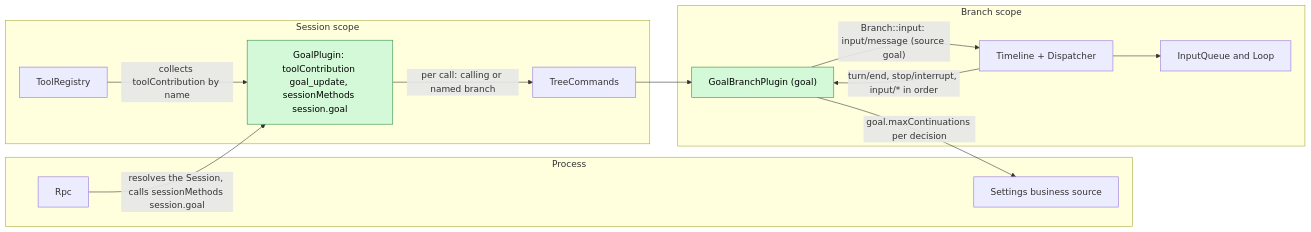
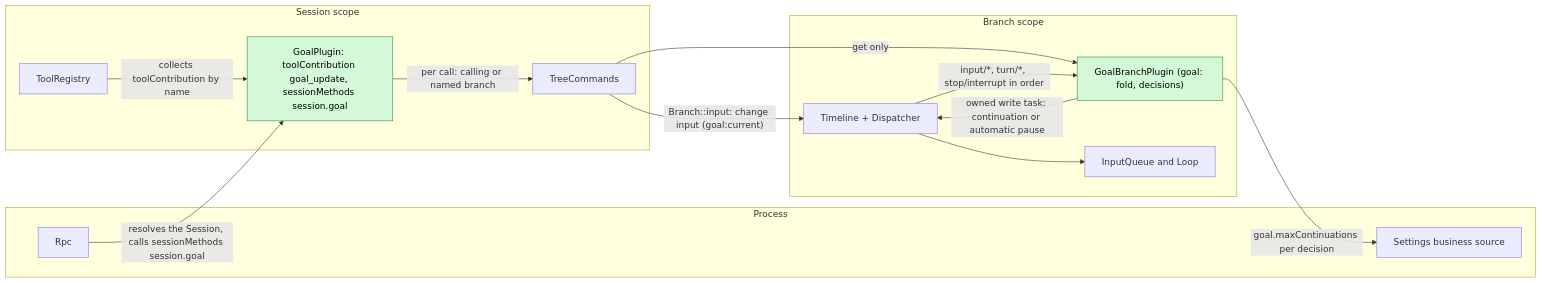
One commit to CoutinhoTTS/dim-agent changed the first of 6 diagrams in docs/design/plugins/Goal.md. Above: the diagram before and after it, drawn with Mermaid. The commit also changed other lines of this file and 40 other files, not shown here.

````diff
--- a/docs/design/plugins/Goal.md
+++ b/docs/design/plugins/Goal.md
@@ -9,26 +11,27 @@
 ```mermaid
 flowchart LR
   subgraph PROC["Process"]
     Rpc["Rpc"]
     Settings["Settings business source"]
   end
   subgraph SESS["Session scope"]
     GS["GoalPlugin: toolContribution goal_update, sessionMethods session.goal"]:::new
     TR["ToolRegistry"]
     TC["TreeCommands"]
   end
   subgraph BR["Branch scope"]
-    GB["GoalBranchPlugin (goal)"]:::new
+    GB["GoalBranchPlugin (goal: fold, decisions)"]:::new
     TL["Timeline + Dispatcher"]
     IQ["InputQueue and Loop"]
   end
   TR -- "collects toolContribution by name" --> GS
   Rpc -- "resolves the Session, calls sessionMethods session.goal" --> GS
   GS -- "per call: calling or named branch" --> TC
-  TC --> GB
-  TL -- "turn/end, stop/interrupt, input/* in order" --> GB
-  GB -- "Branch::input: input/message (source goal)" --> TL
+  TC -- "Branch::input: change input (goal:current)" --> TL
+  TC -- "get only" --> GB
+  TL -- "input/*, turn/*, stop/interrupt in order" --> GB
+  GB -- "owned write task: continuation or automatic pause" --> TL
   GB -- "goal.maxContinuations per decision" --> Settings
   TL --> IQ
   classDef new fill:#d3f9d8,stroke:#2b8a3e,color:#000
 ```
````
